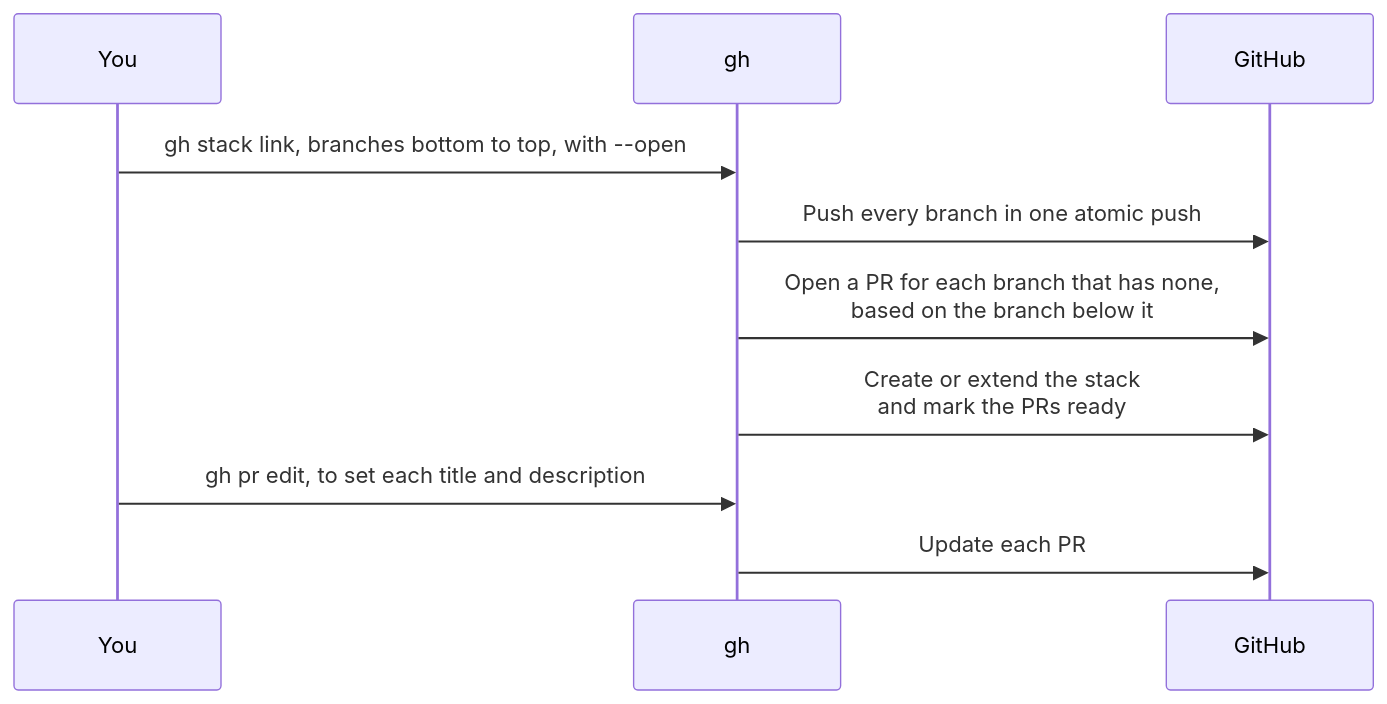
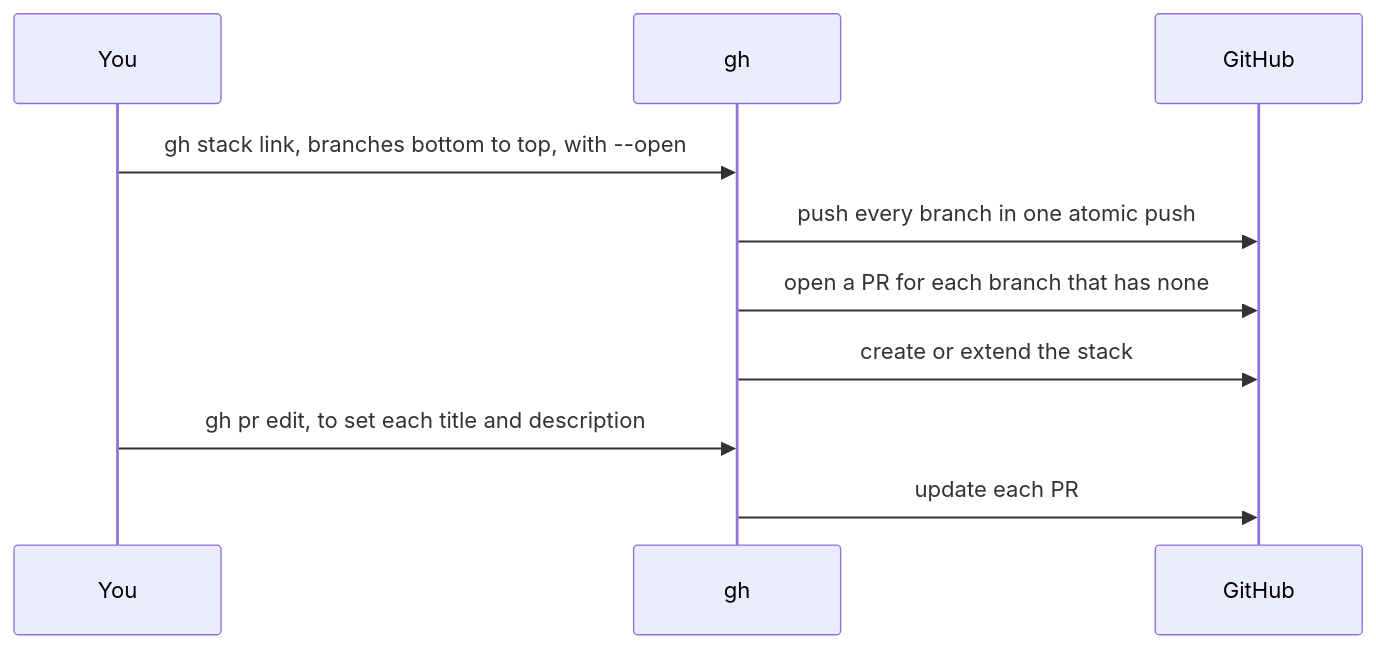
Before and after one commit to chandanbsd/baseline-framework: the second of 2 diagrams in docs/agents/stacks.md, drawn with Mermaid. The commit also changed other lines of this file and 6 other files, not shown here.

First line of the commit message:
docs: AGENTS.md and the playbooks follow the new flow, and the docs-agent playbook goes

````diff
--- a/docs/agents/stacks.md
+++ b/docs/agents/stacks.md
@@ -212,12 +42,12 @@
 ```mermaid
 sequenceDiagram
     participant Y as You
     participant G as gh
     participant H as GitHub
     Y->>G: gh stack link, branches bottom to top, with --open
-    G->>H: Push every branch in one atomic push
-    G->>H: Open a PR for each branch that has none,<br/>based on the branch below it
-    G->>H: Create or extend the stack<br/>and mark the PRs ready
+    G->>H: push every branch in one atomic push
+    G->>H: open a PR for each branch that has none
+    G->>H: create or extend the stack
     Y->>G: gh pr edit, to set each title and description
-    G->>H: Update each PR
+    G->>H: update each PR
 ```
````
